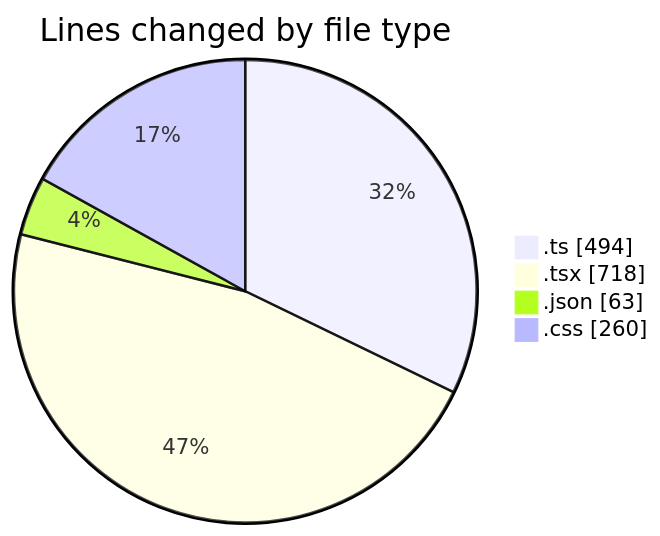
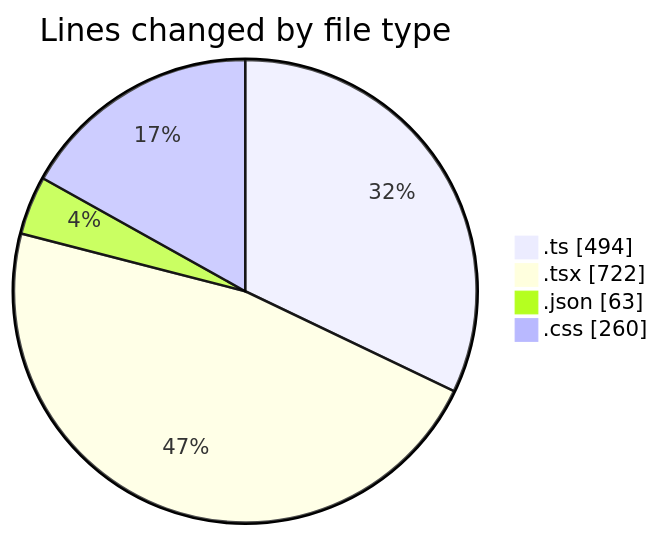
Before and after one commit to julien-gomy/code-tracking: the first of 2 diagrams in 2025-11-24/eventscop-frontend-guide__workspace_/README.md, drawn with Mermaid. The commit also changed other lines of this file and 1 other file, not shown here.

````diff
--- a/2025-11-24/eventscop-frontend-guide__workspace_/README.md
+++ b/2025-11-24/eventscop-frontend-guide__workspace_/README.md
@@ -40,8 +40,8 @@
 ```mermaid
 pie showData
 title Lines changed by file type
 ".ts" : 494
-".tsx" : 718
+".tsx" : 722
 ".json" : 63
 ".css" : 260
 ```
````
